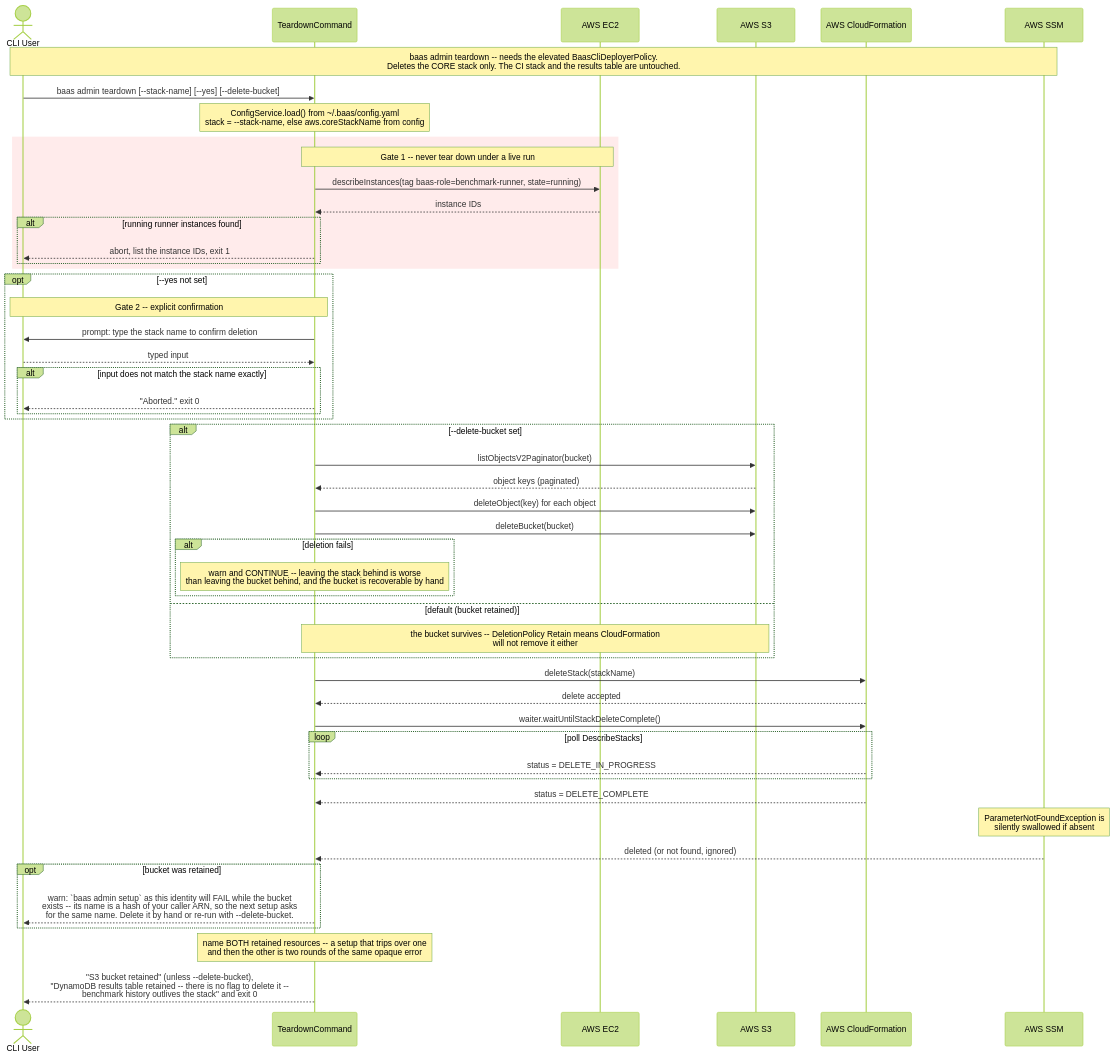
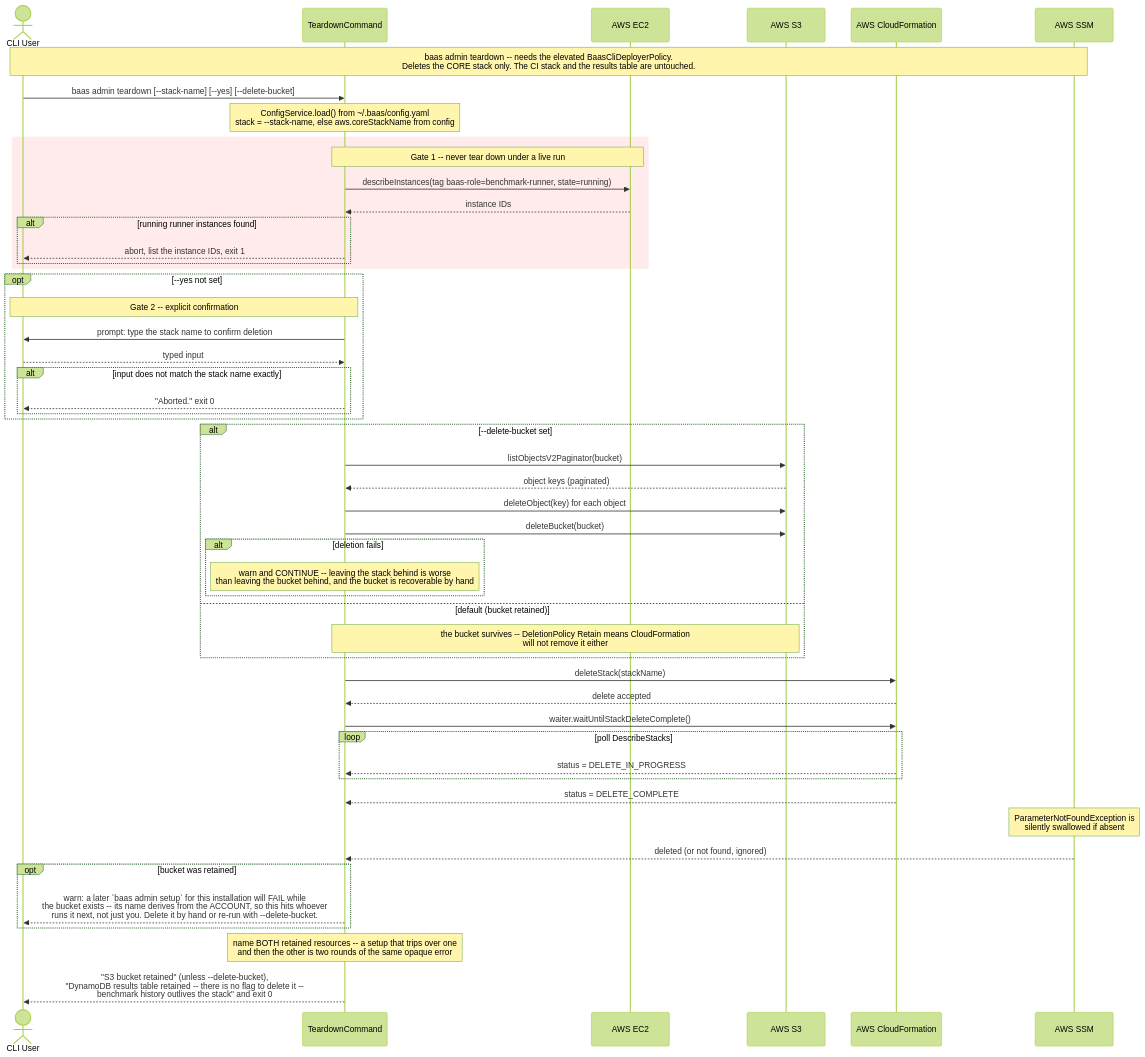
Before and after one commit to wsztajerowski/benchmark-as-a-service: the diagram in docs/diagrams/baas-teardown.mmd, drawn with Mermaid (forest theme). The commit also changed 46 other files, not shown here.

```diff
--- a/docs/diagrams/baas-teardown.mmd
+++ b/docs/diagrams/baas-teardown.mmd
@@ -1,58 +1,58 @@
 sequenceDiagram
     actor User as CLI User
     participant TD as TeardownCommand
     participant EC2 as AWS EC2
     participant S3 as AWS S3
     participant CF as AWS CloudFormation
     participant SSM as AWS SSM
 
     Note over User,SSM: baas admin teardown -- needs the elevated BaasCliDeployerPolicy.<br/>Deletes the CORE stack only. The CI stack and the results table are untouched.
     User->>TD: baas admin teardown [--stack-name] [--yes] [--delete-bucket]
     Note over TD: ConfigService.load() from ~/.baas/config.yaml<br/>stack = --stack-name, else aws.coreStackName from config
 
     rect rgb(255, 235, 235)
         Note over TD,EC2: Gate 1 -- never tear down under a live run
         TD->>EC2: describeInstances(tag baas-role=benchmark-runner, state=running)
         EC2-->>TD: instance IDs
         alt running runner instances found
             TD-->>User: abort, list the instance IDs, exit 1
         end
     end
 
     opt --yes not set
         Note over TD,User: Gate 2 -- explicit confirmation
         TD->>User: prompt: type the stack name to confirm deletion
         User-->>TD: typed input
         alt input does not match the stack name exactly
             TD-->>User: "Aborted." exit 0
         end
     end
 
     alt --delete-bucket set
         TD->>S3: listObjectsV2Paginator(bucket)
         S3-->>TD: object keys (paginated)
         TD->>S3: deleteObject(key) for each object
         TD->>S3: deleteBucket(bucket)
         alt deletion fails
             Note over TD: warn and CONTINUE -- leaving the stack behind is worse<br/>than leaving the bucket behind, and the bucket is recoverable by hand
         end
     else default (bucket retained)
         Note over TD,S3: the bucket survives -- DeletionPolicy Retain means CloudFormation<br/>will not remove it either
     end
 
     TD->>CF: deleteStack(stackName)
     CF-->>TD: delete accepted
     TD->>CF: waiter.waitUntilStackDeleteComplete()
     loop poll DescribeStacks
         CF-->>TD: status = DELETE_IN_PROGRESS
     end
     CF-->>TD: status = DELETE_COMPLETE
 
     Note over SSM: ParameterNotFoundException is<br/>silently swallowed if absent
     SSM-->>TD: deleted (or not found, ignored)
 
     opt bucket was retained
-        TD-->>User: warn: `baas admin setup` as this identity will FAIL while the bucket<br/>exists -- its name is a hash of your caller ARN, so the next setup asks<br/>for the same name. Delete it by hand or re-run with --delete-bucket.
+        TD-->>User: warn: a later `baas admin setup` for this installation will FAIL while<br/>the bucket exists -- its name derives from the ACCOUNT, so this hits whoever<br/>runs it next, not just you. Delete it by hand or re-run with --delete-bucket.
     end
     Note over TD: name BOTH retained resources -- a setup that trips over one<br/>and then the other is two rounds of the same opaque error
     TD-->>User: "S3 bucket retained" (unless --delete-bucket),<br/>"DynamoDB results table retained -- there is no flag to delete it --<br/>benchmark history outlives the stack" and exit 0
```
